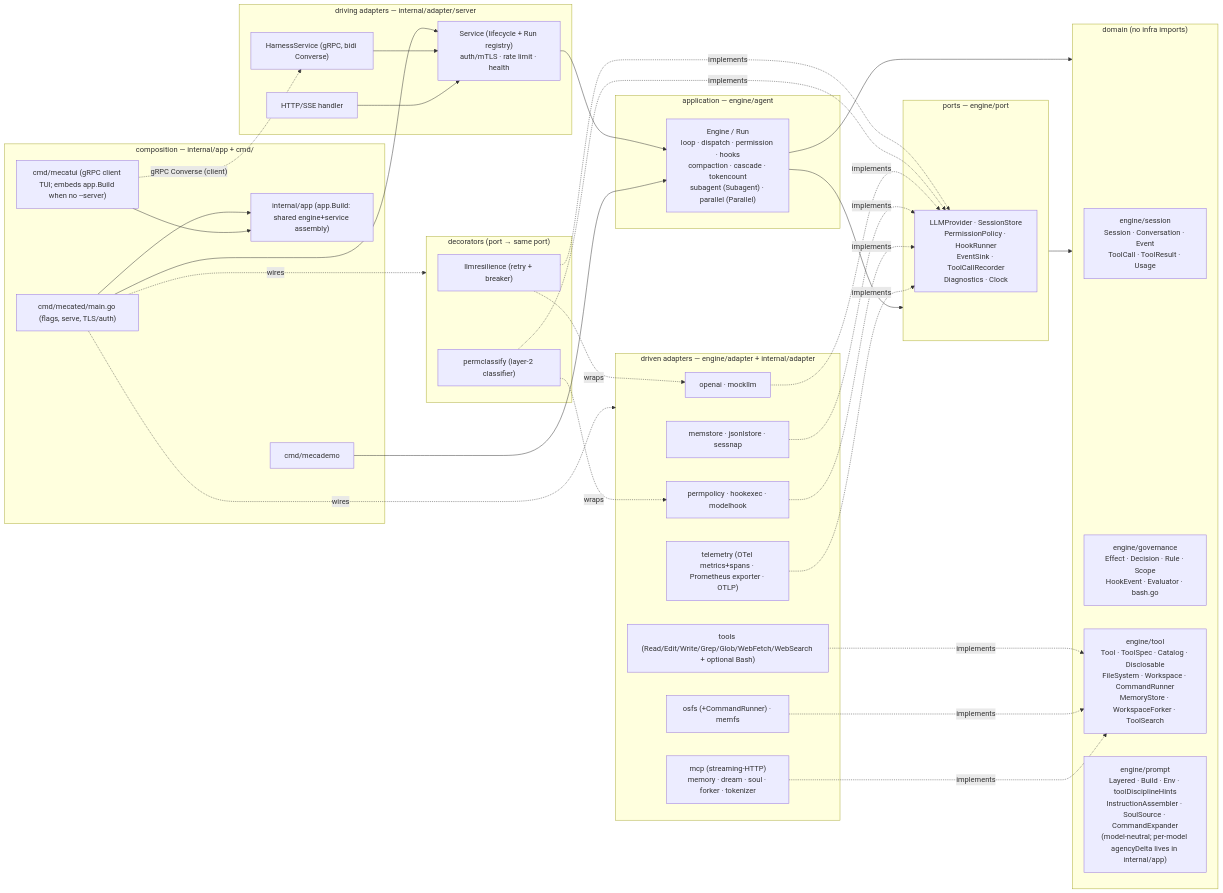
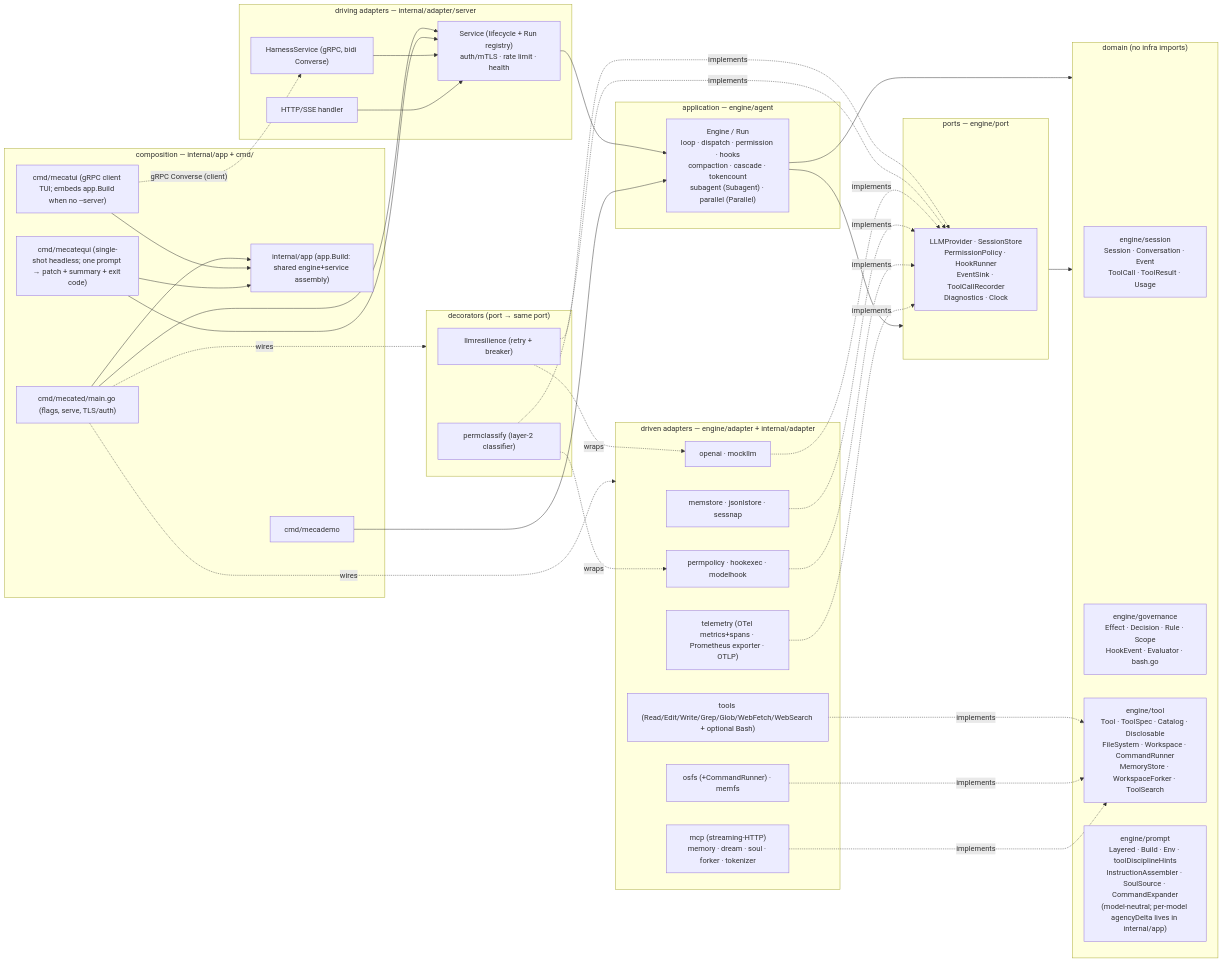
The first of 4 diagrams in docs/architecture.md (sabbanis/mecatl), drawn with Mermaid before and after one commit. The commit also changed other lines of this file and 6 other files, not shown here.

First line of the commit message:
docs(mecatequi): sync architecture / user / operator / README + fix docs gate

````diff
--- a/docs/architecture.md
+++ b/docs/architecture.md
@@ -50,69 +50,72 @@
 ```mermaid
 flowchart LR
   subgraph CMD["composition — internal/app + cmd/"]
     app["internal/app (app.Build: shared engine+service assembly)"]
     mecated["cmd/mecated/main.go (flags, serve, TLS/auth)"]
     demo["cmd/mecademo"]
     tui["cmd/mecatui (gRPC client TUI; embeds app.Build when no --server)"]
+    mq["cmd/mecatequi (single-shot headless; one prompt → patch + summary + exit code)"]
     mecated --> app
     tui --> app
+    mq --> app
   end
 
   subgraph DRIVING["driving adapters — internal/adapter/server"]
     grpc["HarnessService (gRPC, bidi Converse)"]
     http["HTTP/SSE handler"]
     svc["Service (lifecycle + Run registry)\nauth/mTLS · rate limit · health"]
   end
 
   subgraph APP["application — engine/agent"]
     engine["Engine / Run\nloop · dispatch · permission · hooks\ncompaction · cascade · tokencount\nsubagent (Subagent) · parallel (Parallel)"]
   end
 
   subgraph PORTS["ports — engine/port"]
     p["LLMProvider · SessionStore\nPermissionPolicy · HookRunner\nEventSink · ToolCallRecorder\nDiagnostics · Clock"]
   end
 
   subgraph DOMAIN["domain (no infra imports)"]
     sess["engine/session\nSession · Conversation · Event\nToolCall · ToolResult · Usage"]
     gov["engine/governance\nEffect · Decision · Rule · Scope\nHookEvent · Evaluator · bash.go"]
     tl["engine/tool\nTool · ToolSpec · Catalog · Disclosable\nFileSystem · Workspace · CommandRunner\nMemoryStore · WorkspaceForker · ToolSearch"]
     pr["engine/prompt\nLayered · Build · Env · toolDisciplineHints\nInstructionAssembler · SoulSource · CommandExpander\n(model-neutral; per-model agencyDelta lives in internal/app)"]
   end
 
   subgraph DECOR["decorators (port → same port)"]
     res["llmresilience (retry + breaker)"]
     pc["permclassify (layer-2 classifier)"]
   end
 
   subgraph DRIVEN["driven adapters — engine/adapter + internal/adapter"]
     oai["openai · mockllm"]
     fs["osfs (+CommandRunner) · memfs"]
     st["memstore · jsonlstore · sessnap"]
     tools["tools (Read/Edit/Write/Grep/Glob/WebFetch/WebSearch + optional Bash)"]
     pp["permpolicy · hookexec · modelhook"]
     tel["telemetry (OTel metrics+spans · Prometheus exporter · OTLP)"]
     ext["mcp (streaming-HTTP)\nmemory · dream · soul · forker · tokenizer"]
   end
 
   mecated --> svc --> engine
   demo --> engine
+  mq --> svc
   tui -. "gRPC Converse (client)" .-> grpc
   grpc --> svc
   http --> svc
   engine --> PORTS
   engine --> DOMAIN
   PORTS --> DOMAIN
   res -.wraps.-> oai
   res -.implements.-> p
   pc -.wraps.-> pp
   pc -.implements.-> p
   oai -.implements.-> p
   st -.implements.-> p
   pp -.implements.-> p
   tel -.implements.-> p
   tools -.implements.-> tl
   fs -.implements.-> tl
   ext -.implements.-> tl
   mecated -. wires .-> DRIVEN
   mecated -. wires .-> DECOR
 ```
````
